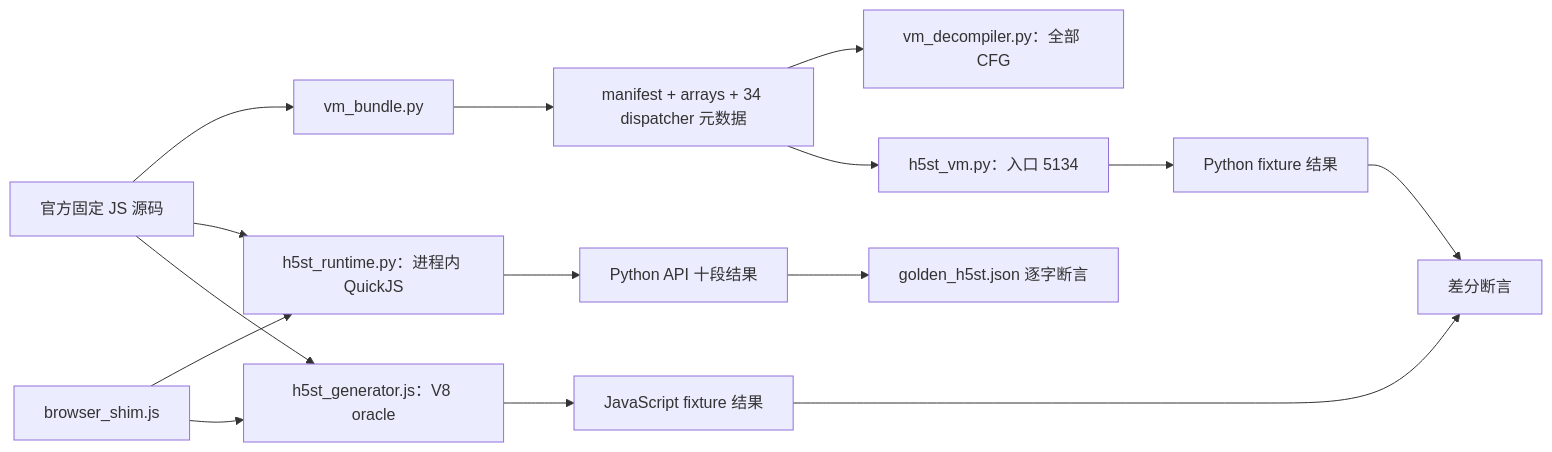
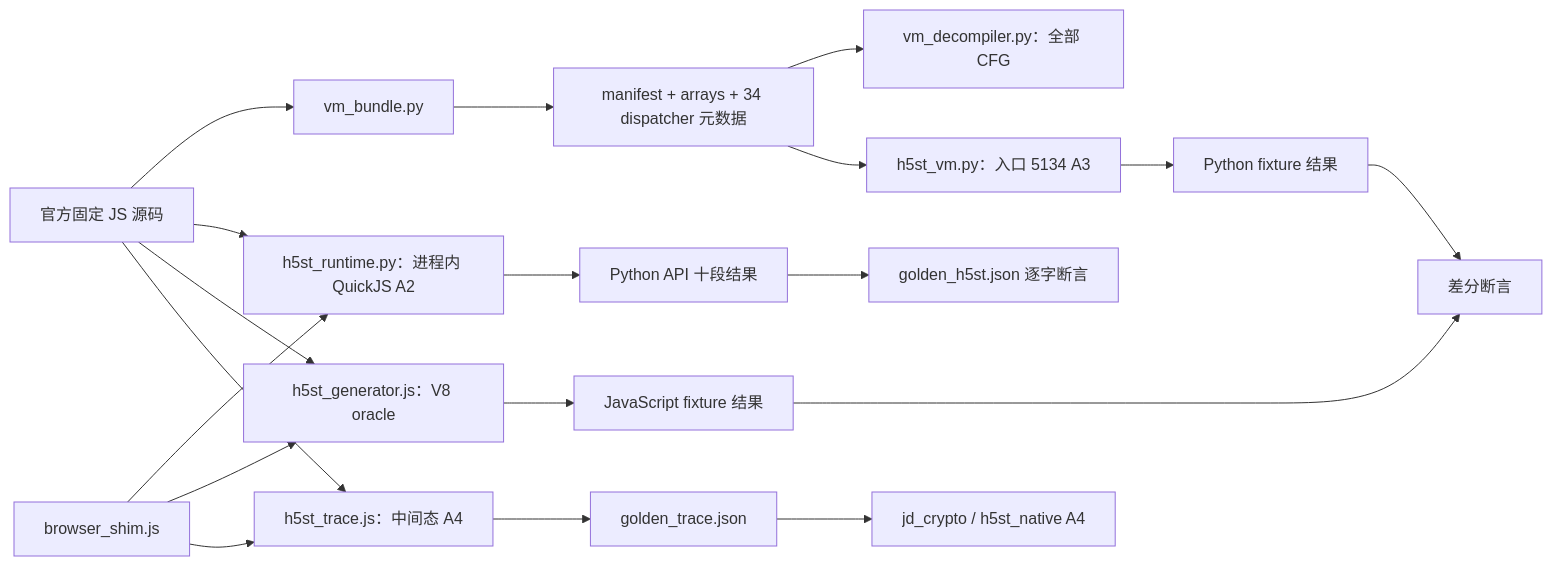
Before and after one commit to huochai67/mallcipherlab: the second of 2 diagrams in jd_h5st_research_report/DECOMPILATION_AND_DECRYPTION.md, drawn with Mermaid. The commit also changed other lines of this file and 6 other files, not shown here.

````diff
--- a/jd_h5st_research_report/DECOMPILATION_AND_DECRYPTION.md
+++ b/jd_h5st_research_report/DECOMPILATION_AND_DECRYPTION.md
@@ -267,17 +277,21 @@
 ```mermaid
 flowchart LR
     A["官方固定 JS 源码"] --> B["vm_bundle.py"]
     B --> C["manifest + arrays + 34 dispatcher 元数据"]
     C --> D["vm_decompiler.py：全部 CFG"]
-    C --> E["h5st_vm.py：入口 5134"]
-    A --> Q["h5st_runtime.py：进程内 QuickJS"]
+    C --> E["h5st_vm.py：入口 5134 A3"]
+    A --> Q["h5st_runtime.py：进程内 QuickJS A2"]
     F["browser_shim.js"] --> Q
     F --> G["h5st_generator.js：V8 oracle"]
+    F --> T["h5st_trace.js：中间态 A4"]
     A --> G
+    A --> T
     Q --> R["Python API 十段结果"]
     R --> S["golden_h5st.json 逐字断言"]
+    T --> U["golden_trace.json"]
+    U --> V["jd_crypto / h5st_native A4"]
     E --> H["Python fixture 结果"]
     G --> I["JavaScript fixture 结果"]
     H --> J["差分断言"]
     I --> J
 ```
````
